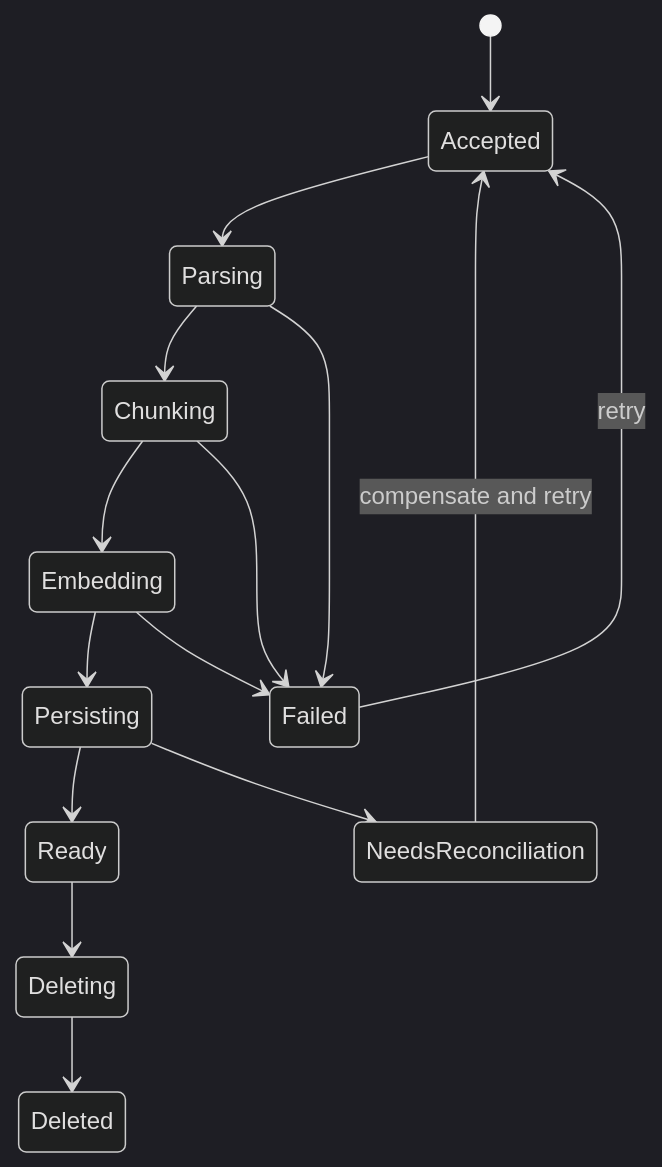
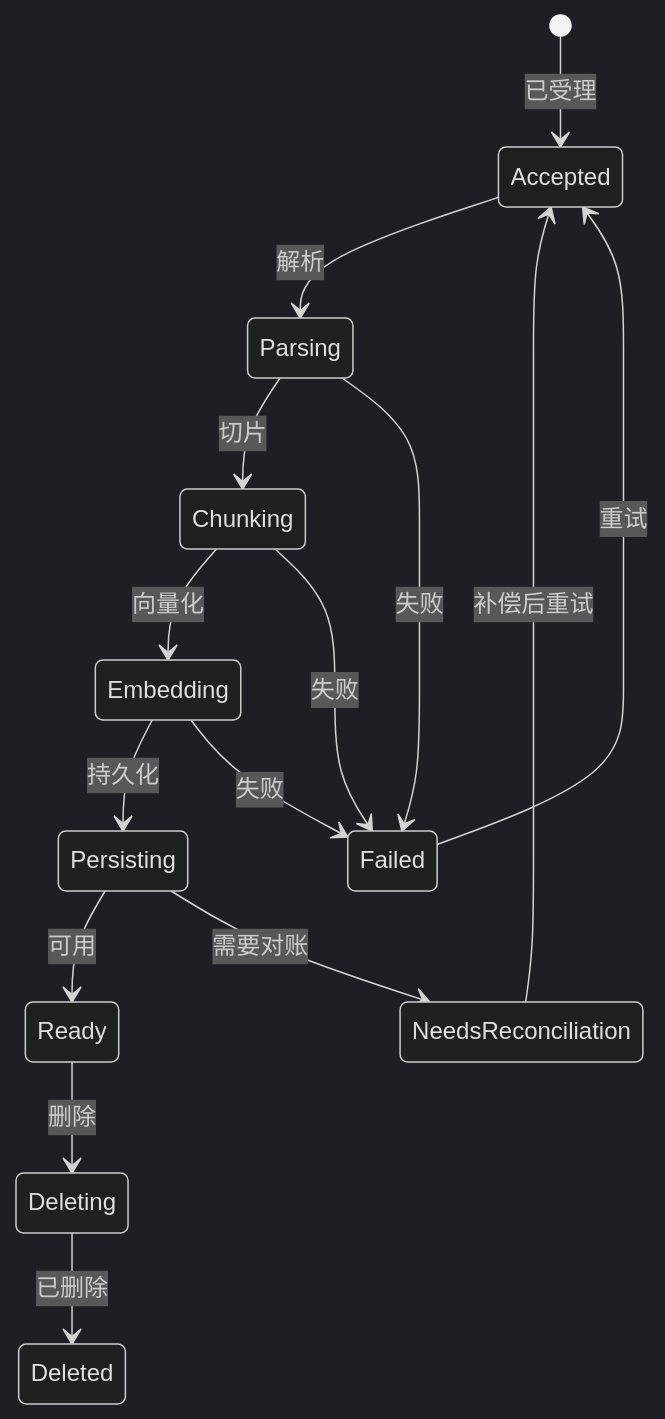
One commit to SwartzMss/knowledge-assistant changed the second of 2 diagrams in docs/architecture/target-architecture.md. Above: the diagram before and after it, drawn with Mermaid (dark theme). The commit also changed other lines of this file and 10 other files, not shown here.

````diff
--- a/docs/architecture/target-architecture.md
+++ b/docs/architecture/target-architecture.md
@@ -90,17 +86,17 @@
 ```mermaid
 stateDiagram-v2
-    [*] --> Accepted
-    Accepted --> Parsing
-    Parsing --> Chunking
-    Chunking --> Embedding
-    Embedding --> Persisting
-    Persisting --> Ready
-    Parsing --> Failed
-    Chunking --> Failed
-    Embedding --> Failed
-    Persisting --> NeedsReconciliation
-    Failed --> Accepted: retry
-    NeedsReconciliation --> Accepted: compensate and retry
-    Ready --> Deleting
-    Deleting --> Deleted
+    [*] --> Accepted: 已受理
+    Accepted --> Parsing: 解析
+    Parsing --> Chunking: 切片
+    Chunking --> Embedding: 向量化
+    Embedding --> Persisting: 持久化
+    Persisting --> Ready: 可用
+    Parsing --> Failed: 失败
+    Chunking --> Failed: 失败
+    Embedding --> Failed: 失败
+    Persisting --> NeedsReconciliation: 需要对账
+    Failed --> Accepted: 重试
+    NeedsReconciliation --> Accepted: 补偿后重试
+    Ready --> Deleting: 删除
+    Deleting --> Deleted: 已删除
 ```
````
